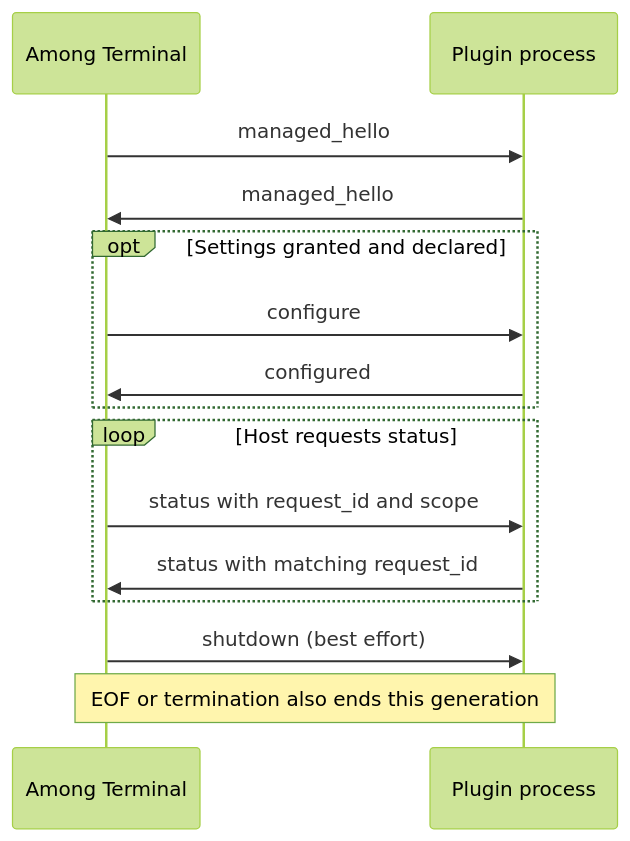
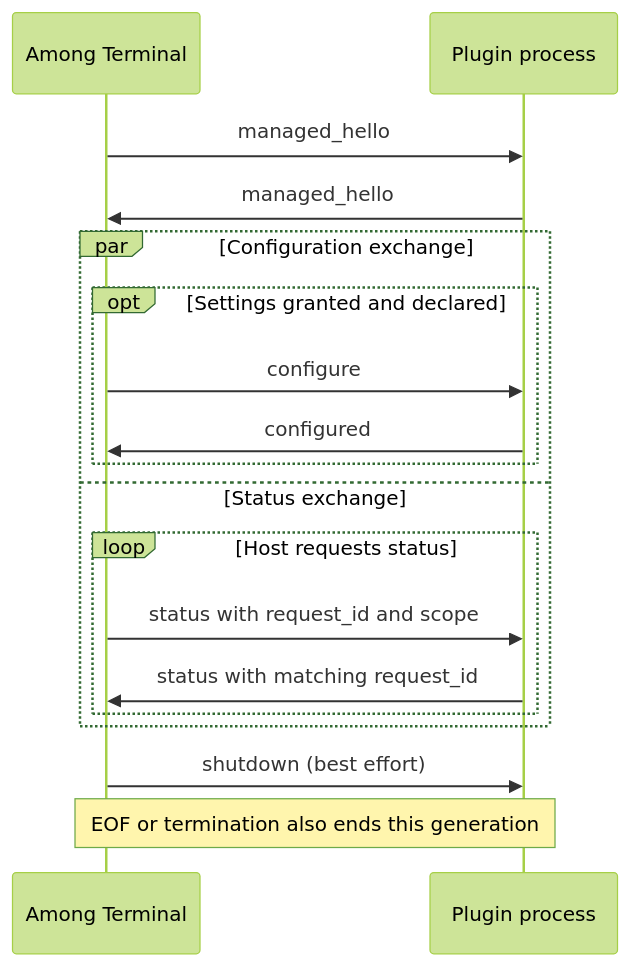
Before and after one commit to Among-Terminal/among-plugin-template: the diagram in docs/api.md, drawn with Mermaid (forest theme). The commit also changed other lines of this file and 2 other files, not shown here.

First line of the commit message:
docs: address review on status timing, enumeration and candidate promotion

````diff
--- a/docs/api.md
+++ b/docs/api.md
@@ -45,17 +48,20 @@
 ```mermaid
 sequenceDiagram
     participant H as Among Terminal
     participant P as Plugin process
     H->>P: managed_hello
     P->>H: managed_hello
-    opt Settings granted and declared
-        H->>P: configure
-        P->>H: configured
-    end
-    loop Host requests status
-        H->>P: status with request_id and scope
-        P->>H: status with matching request_id
+    par Configuration exchange
+        opt Settings granted and declared
+            H->>P: configure
+            P->>H: configured
+        end
+    and Status exchange
+        loop Host requests status
+            H->>P: status with request_id and scope
+            P->>H: status with matching request_id
+        end
     end
     H->>P: shutdown (best effort)
     Note over H,P: EOF or termination also ends this generation
 ```
````
